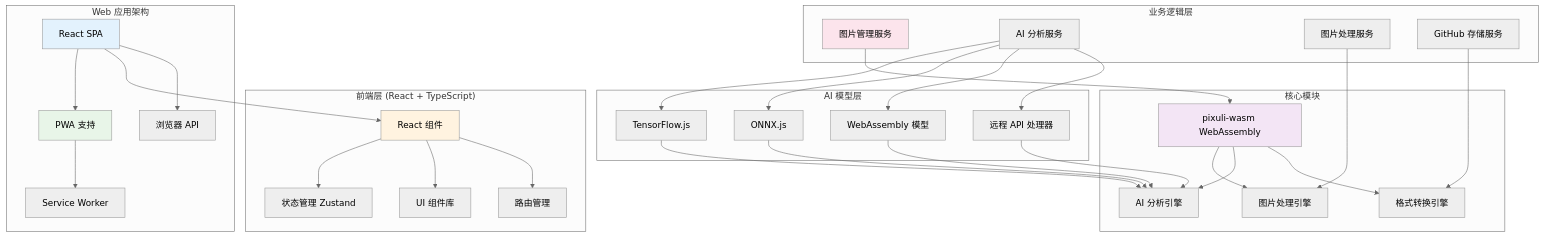
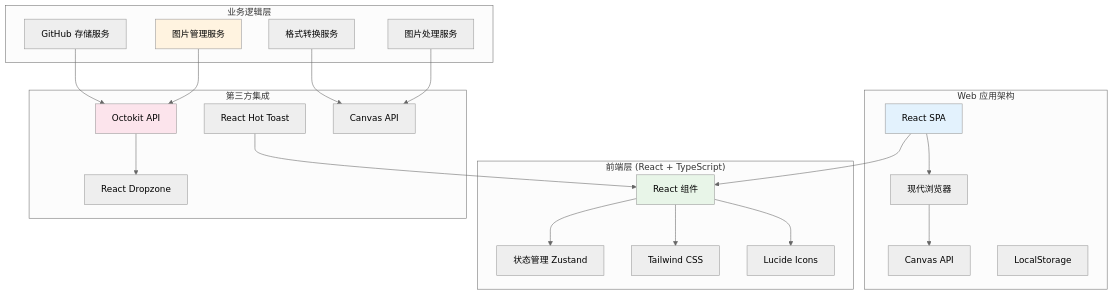
Before and after one commit to trueLoving/Pixuli: the second of 2 diagrams in apps/web/README.md, drawn with Mermaid (neutral theme). The commit also changed other lines of this file and 25 other files, not shown here.

First line of the commit message:
feat(web): 实现 pixuli-web 完整功能

````diff
--- a/apps/web/README.md
+++ b/apps/web/README.md
@@ -49,69 +50,50 @@
 ```mermaid
 graph TB
     subgraph "Web 应用架构"
         A[React SPA]
-        B[PWA 支持]
-        C[浏览器 API]
-        D[Service Worker]
+        B[现代浏览器]
+        C[Canvas API]
+        D[LocalStorage]
     end
     
     subgraph "前端层 (React + TypeScript)"
         E[React 组件]
         F[状态管理 Zustand]
-        G[UI 组件库]
-        H[路由管理]
+        G[Tailwind CSS]
+        H[Lucide Icons]
     end
     
     subgraph "业务逻辑层"
         I[图片管理服务]
-        J[AI 分析服务]
+        J[GitHub 存储服务]
         K[图片处理服务]
-        L[GitHub 存储服务]
+        L[格式转换服务]
     end
     
-    subgraph "AI 模型层"
-        M[TensorFlow.js]
-        N[ONNX.js]
-        O[WebAssembly 模型]
-        P[远程 API 处理器]
-    end
-    
-    subgraph "核心模块"
-        Q[pixuli-wasm WebAssembly]
-        R[图片处理引擎]
-        S[AI 分析引擎]
-        T[格式转换引擎]
+    subgraph "第三方集成"
+        M[Octokit API]
+        N[React Dropzone]
+        O[React Hot Toast]
+        P[Canvas API]
     end
     
     A --> B
-    B --> D
+    B --> C
     A --> E
     E --> F
     E --> G
     E --> H
     
-    I --> Q
+    I --> M
     J --> M
-    J --> N
-    J --> O
-    J --> P
-    K --> R
-    L --> T
+    K --> P
+    L --> P
     
-    M --> S
-    N --> S
-    O --> S
-    P --> S
-    
-    Q --> R
-    Q --> S
-    Q --> T
-    
-    A --> C
+    M --> N
+    O --> E
     
     style A fill:#e3f2fd
-    style B fill:#e8f5e8
-    style E fill:#fff3e0
-    style I fill:#fce4ec
-    style Q fill:#f3e5f5
+    style E fill:#e8f5e8
+    style I fill:#fff3e0
+    style M fill:#fce4ec
 ```
````
